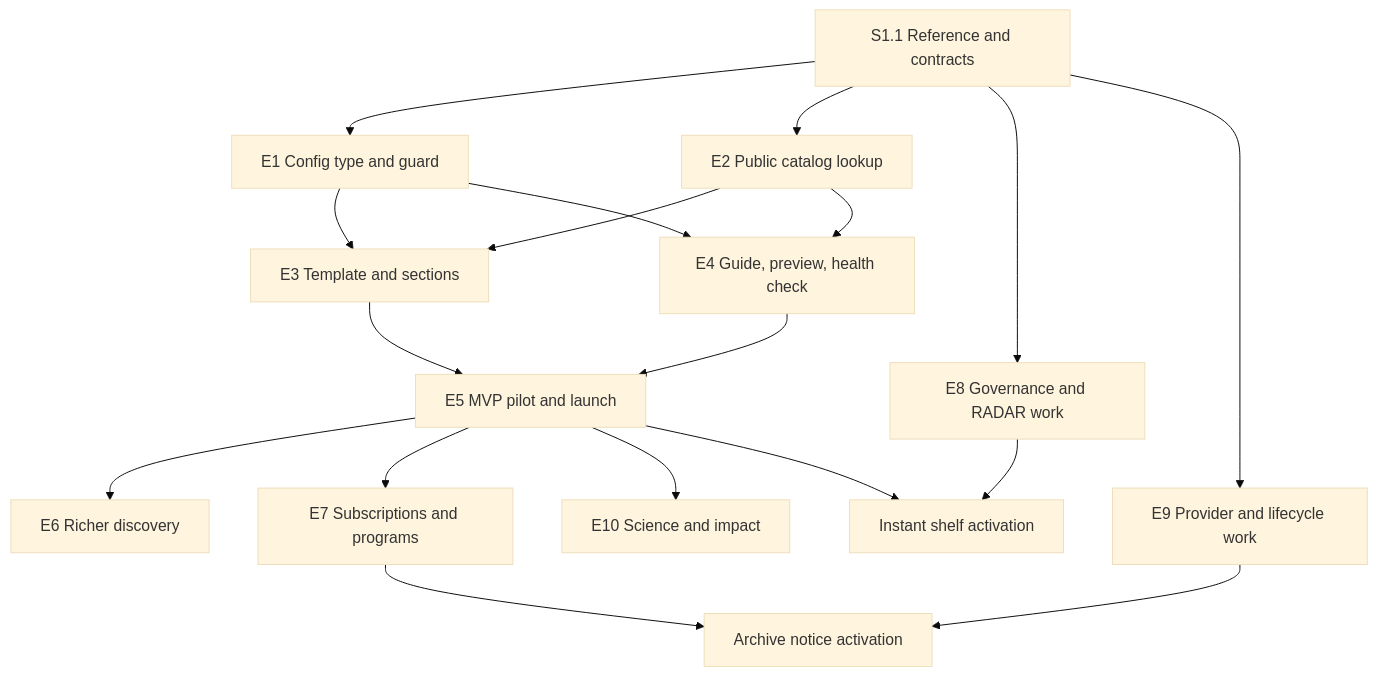
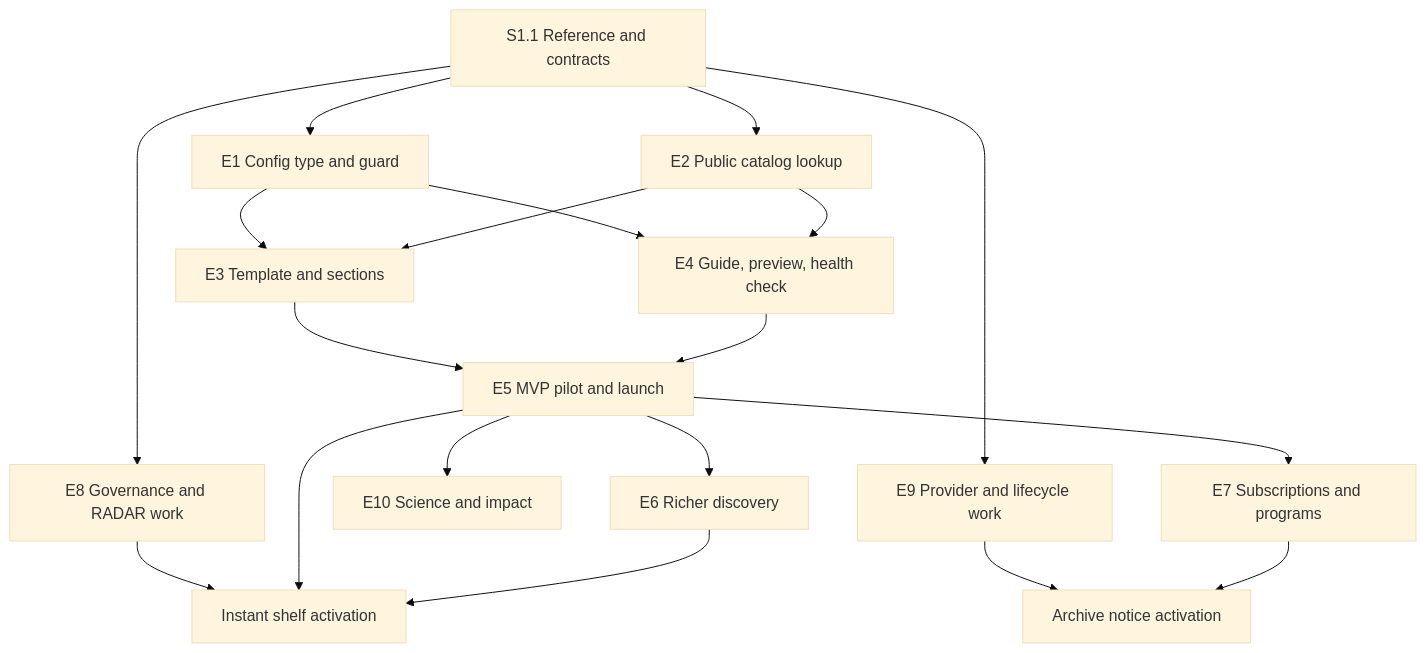
One commit to DataBiosphere/consent changed the diagram in docs/plans/data-showcase-delivery-plan.md. Above: the diagram before and after it, drawn with Mermaid (base theme). The commit also changed other lines of this file and 3 other files, not shown here.

````diff
--- a/docs/plans/data-showcase-delivery-plan.md
+++ b/docs/plans/data-showcase-delivery-plan.md
@@ -1160,20 +944,21 @@
 ```mermaid
 flowchart TD
   C[S1.1 Reference and contracts] --> P[E1 Config type and guard]
   C --> D[E2 Public catalog lookup]
   P --> U[E3 Template and sections]
   D --> U
   P --> A[E4 Guide, preview, health check]
   D --> A
   U --> L[E5 MVP pilot and launch]
   A --> L
   L --> R[E6 Richer discovery]
   L --> N[E7 Subscriptions and programs]
   L --> I[E10 Science and impact]
   C --> G[E8 Governance and RADAR work]
   C --> S[E9 Provider and lifecycle work]
   G --> GA[Instant shelf activation]
   L --> GA
+  R --> GA
   S --> SA[Archive notice activation]
   N --> SA
 ```
````
